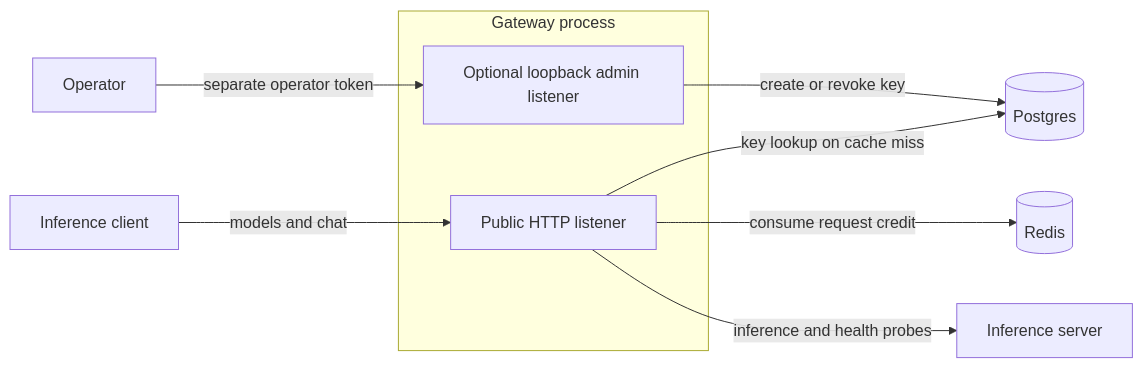
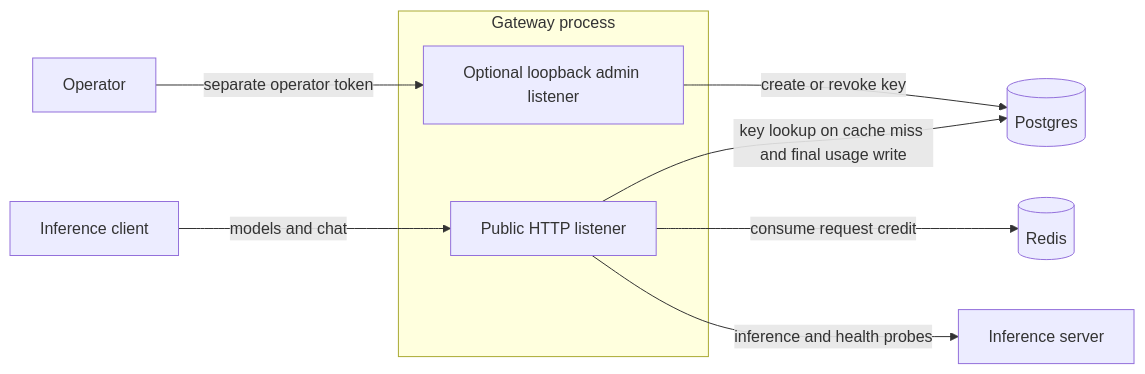
The diagram in README.md (TheRealShek/llmgate), drawn with Mermaid before and after one commit. The commit also changed other lines of this file and 36 other files, not shown here.

First line of the commit message:
Record bounded inference usage in Postgres

````diff
--- a/README.md
+++ b/README.md
@@ -42,13 +42,13 @@
 ```mermaid
 flowchart LR
     Client[Inference client] -->|models and chat| Public
     Operator[Operator] -->|separate operator token| Admin
     subgraph Gateway[Gateway process]
         Public[Public HTTP listener]
         Admin[Optional loopback admin listener]
     end
-    Public -->|key lookup on cache miss| PG[(Postgres)]
+    Public -->|key lookup on cache miss and final usage write| PG[(Postgres)]
     Admin -->|create or revoke key| PG
     Public -->|consume request credit| Redis[(Redis)]
     Public -->|inference and health probes| Backend[Inference server]
 ```
````
